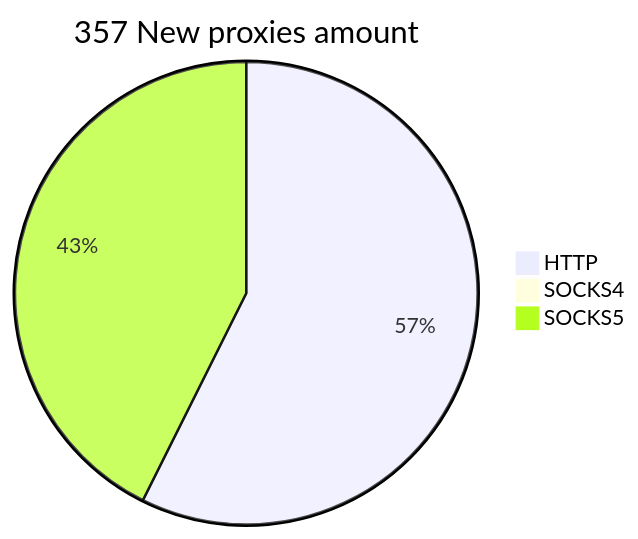
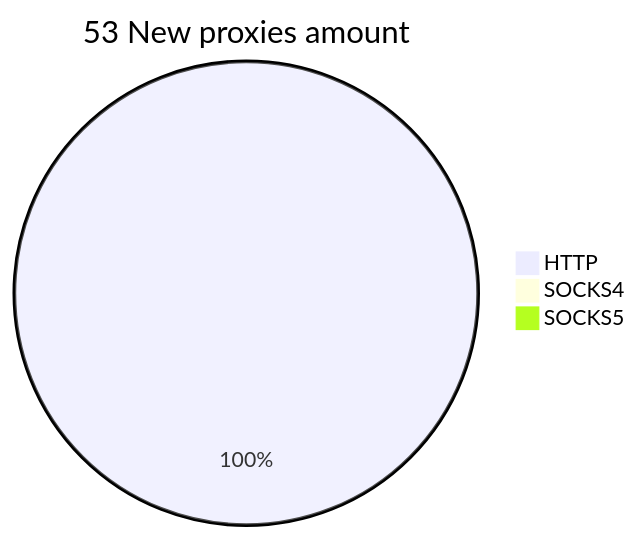
The second of 2 diagrams in README.md (cutipu/proxylist), drawn with Mermaid before and after one commit. The commit also changed other lines of this file, not shown here.

````diff
--- a/README.md
+++ b/README.md
@@ -10,6 +10,6 @@
 ```mermaid
-pie title 357 New proxies amount
-    "HTTP" : 253
+pie title 53 New proxies amount
+    "HTTP" : 53
     "SOCKS4" : 0
-    "SOCKS5" : 188
+    "SOCKS5" : 0
 ```
````
